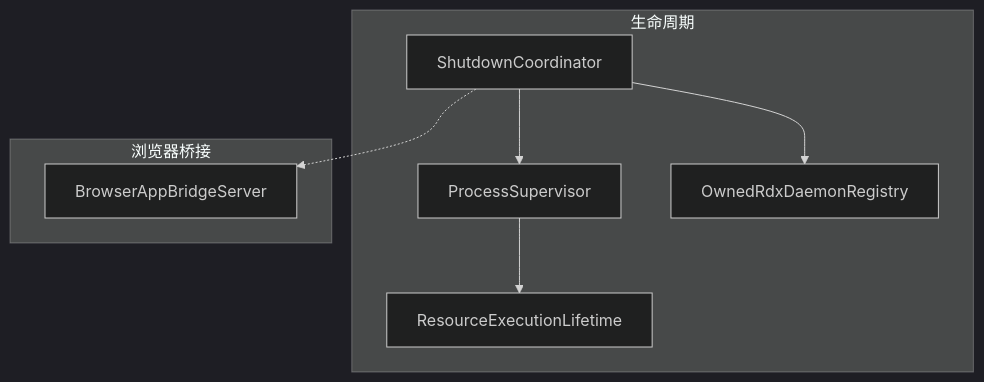
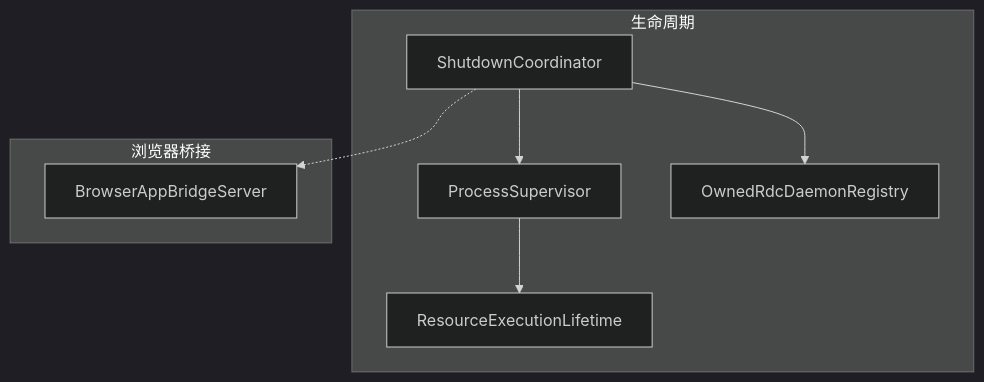
The first of 8 diagrams in .qoder/repowiki/zh/content/架构设计/主进程架构/生命周期管理.md (haolange/RDC-Agent), drawn with Mermaid (dark theme) before and after one commit. The commit also changed other lines of this file and 557 other files, not shown here.

````diff
--- a/.qoder/repowiki/zh/content/架构设计/主进程架构/生命周期管理.md
+++ b/.qoder/repowiki/zh/content/架构设计/主进程架构/生命周期管理.md
@@ -48,16 +48,16 @@
 ```mermaid
 graph TB
 subgraph "生命周期"
 SC["ShutdownCoordinator"]
 PS["ProcessSupervisor"]
 REL["ResourceExecutionLifetime"]
-ORD["OwnedRdxDaemonRegistry"]
+ORD["OwnedRdcDaemonRegistry"]
 end
 subgraph "浏览器桥接"
 BBS["BrowserAppBridgeServer"]
 end
 SC --> PS
 SC --> ORD
 PS --> REL
 SC -.-> BBS
 ```
````
